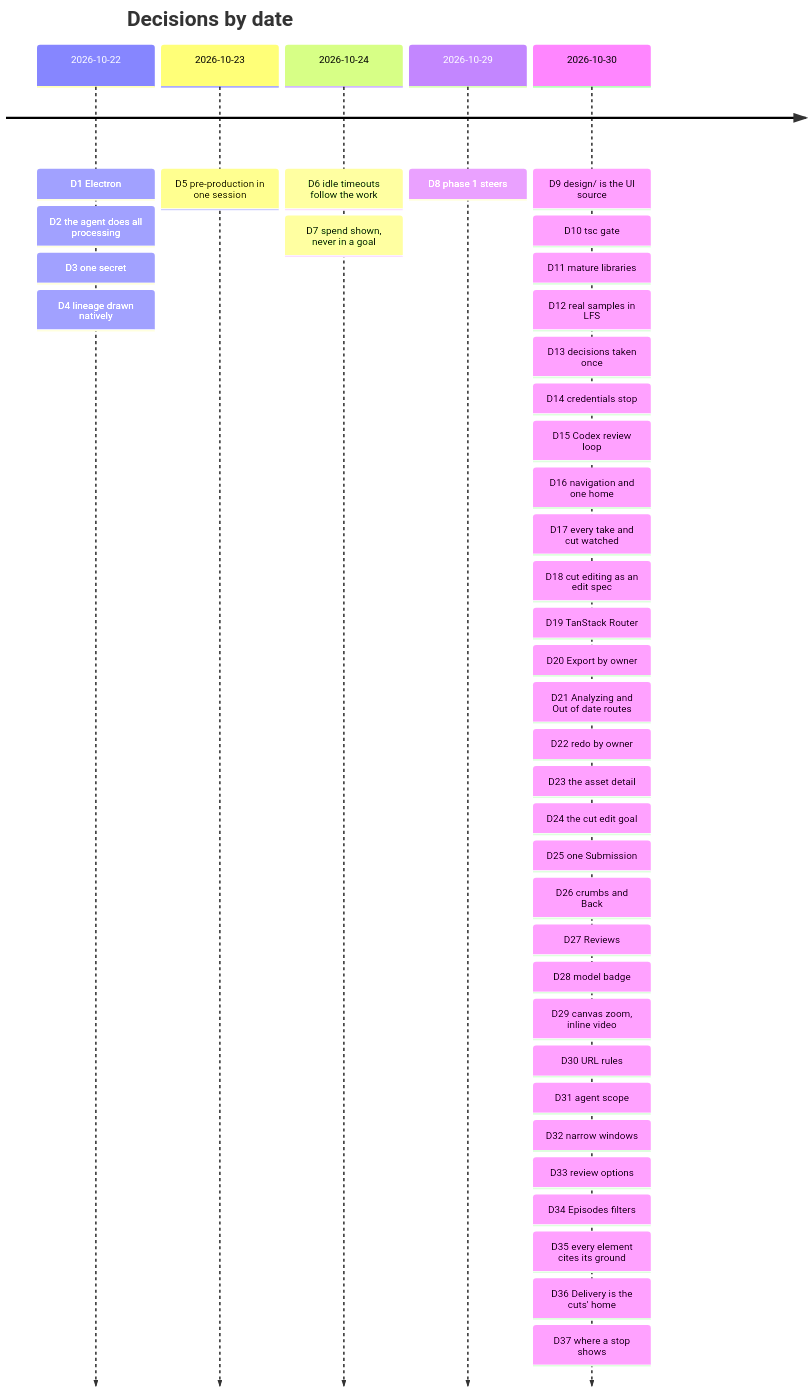
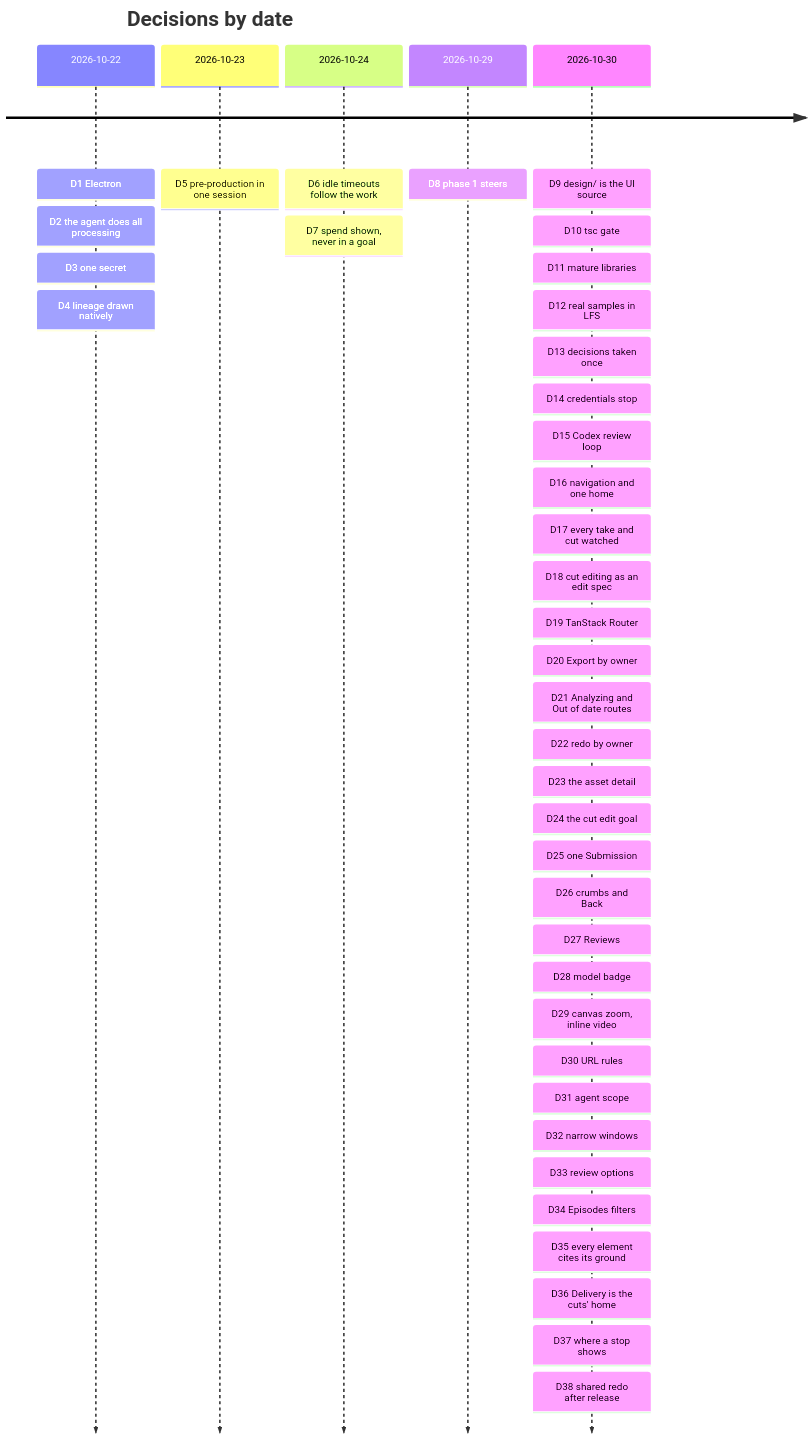
One commit to PineComputer/open-pinedrama changed the diagram in docs/decisions.md. Above: the diagram before and after it, drawn with Mermaid. The commit also changed other lines of this file and 1 other file, not shown here.

Commit message:
docs: D38 a shared reference's redo takes a new setup session, after release

````diff
--- a/docs/decisions.md
+++ b/docs/decisions.md
@@ -16,9 +16,9 @@
 ```mermaid
 timeline
   title Decisions by date
   2026-10-22 : D1 Electron : D2 the agent does all processing : D3 one secret : D4 lineage drawn natively
   2026-10-23 : D5 pre-production in one session
   2026-10-24 : D6 idle timeouts follow the work : D7 spend shown, never in a goal
   2026-10-29 : D8 phase 1 steers
-  2026-10-30 : D9 design/ is the UI source : D10 tsc gate : D11 mature libraries : D12 real samples in LFS : D13 decisions taken once : D14 credentials stop : D15 Codex review loop : D16 navigation and one home : D17 every take and cut watched : D18 cut editing as an edit spec : D19 TanStack Router : D20 Export by owner : D21 Analyzing and Out of date routes : D22 redo by owner : D23 the asset detail : D24 the cut edit goal : D25 one Submission : D26 crumbs and Back : D27 Reviews : D28 model badge : D29 canvas zoom, inline video : D30 URL rules : D31 agent scope : D32 narrow windows : D33 review options : D34 Episodes filters : D35 every element cites its ground : D36 Delivery is the cuts' home : D37 where a stop shows
+  2026-10-30 : D9 design/ is the UI source : D10 tsc gate : D11 mature libraries : D12 real samples in LFS : D13 decisions taken once : D14 credentials stop : D15 Codex review loop : D16 navigation and one home : D17 every take and cut watched : D18 cut editing as an edit spec : D19 TanStack Router : D20 Export by owner : D21 Analyzing and Out of date routes : D22 redo by owner : D23 the asset detail : D24 the cut edit goal : D25 one Submission : D26 crumbs and Back : D27 Reviews : D28 model badge : D29 canvas zoom, inline video : D30 URL rules : D31 agent scope : D32 narrow windows : D33 review options : D34 Episodes filters : D35 every element cites its ground : D36 Delivery is the cuts' home : D37 where a stop shows : D38 shared redo after release
 ```
````
